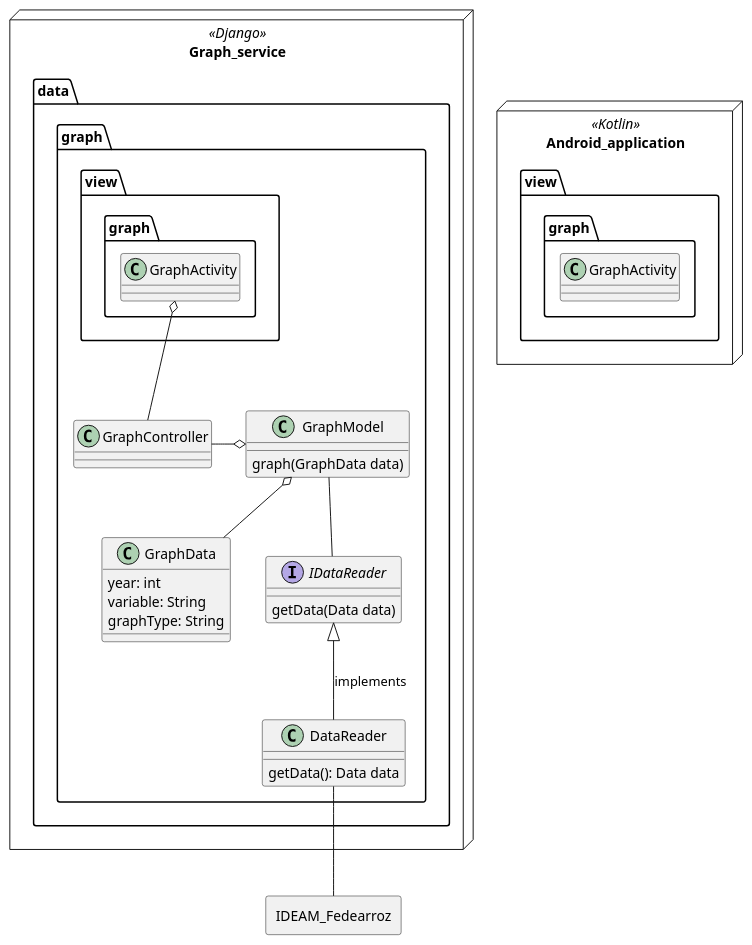
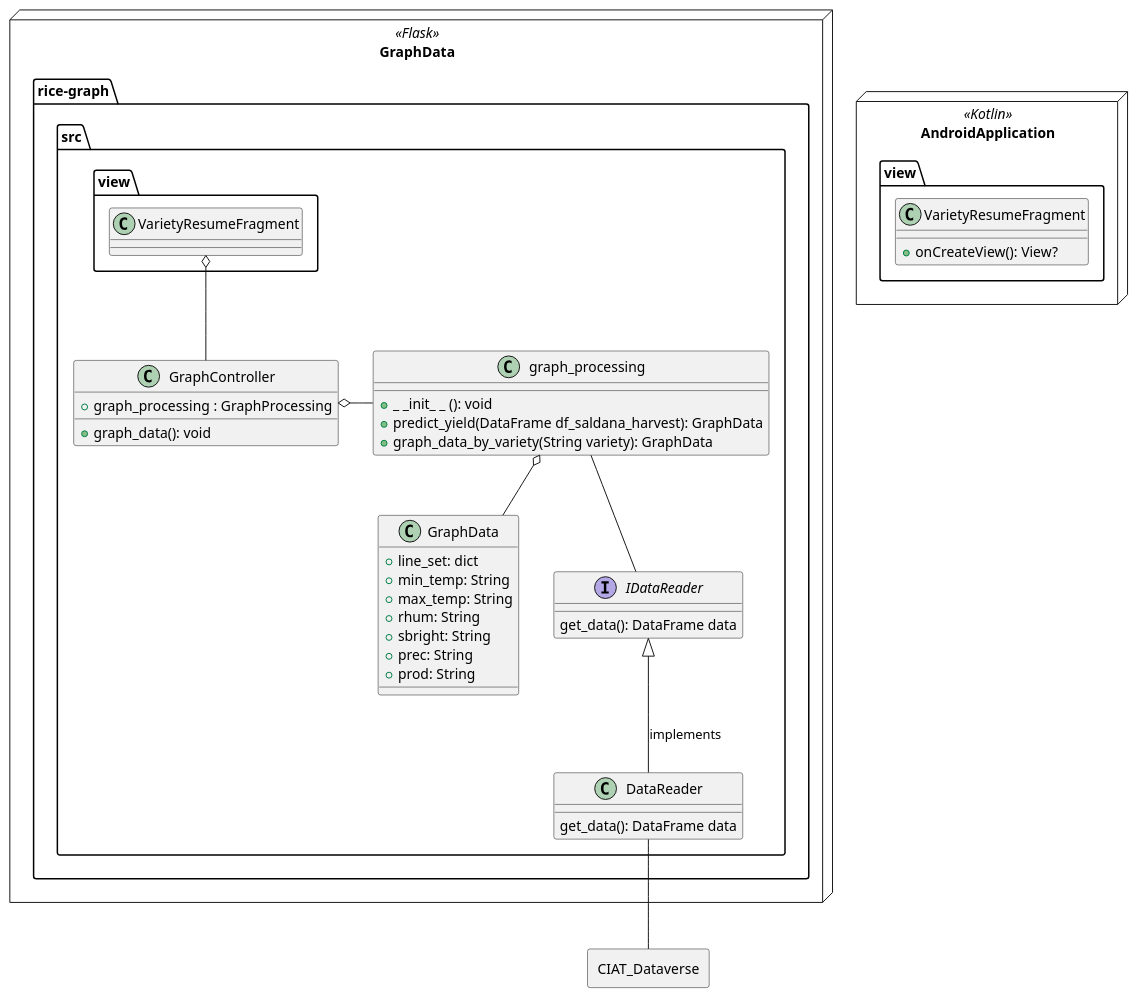
The diagram in Class_diagrams/Graph.puml (Ataches/MiCosecha_Design), drawn with PlantUML before and after one commit. The commit also changed 10 other files, not shown here.

Commit message:
fix: diagrams

```diff
--- a/Class_diagrams/Graph.puml
+++ b/Class_diagrams/Graph.puml
@@ -1,42 +1,51 @@
 @startuml
 'https://plantuml.com/class-diagram
 
 
-node Android_application <<Kotlin>> {
-    namespace view.graph {
-        class GraphActivity  {
+node AndroidApplication <<Kotlin>> {
+    namespace view {
+        class VarietyResumeFragment  {
+            + onCreateView(): View?
         }
     }
 }
 
-package IDEAM_Fedearroz <<Rectangle>> {
+package CIAT_Dataverse <<Rectangle>> {
 }
-node Graph_service <<Django>> {
-    namespace data.graph {
-        class GraphModel {
-            graph(GraphData data)
+node GraphData <<Flask>> {
+    namespace rice-graph.src {
+        class graph_processing {
+            + _ _init_ _ (): void
+            + predict_yield(DataFrame df_saldana_harvest): GraphData
+            + graph_data_by_variety(String variety): GraphData
         }
         class GraphController {
+            + graph_processing : GraphProcessing
+            + graph_data(): void
         }
         class GraphData {
-            year: int
-            variable: String
-            graphType: String
+            + line_set: dict
+            + min_temp: String
+            + max_temp: String
+            + rhum: String
+            + sbright: String
+            + prec: String
+            + prod: String
         }
         interface IDataReader {
-            getData(Data data)
+            get_data(): DataFrame data
         }
         class DataReader {
-            getData(): Data data
+            get_data(): DataFrame data
         }
 
-        GraphModel o-- GraphData
+        graph_processing o-- GraphData
         IDataReader <|-- DataReader  :implements
-        DataReader -- IDEAM_Fedearroz
-        GraphController -o GraphModel
-        view.graph.GraphActivity o-- GraphController
-        GraphModel -- IDataReader
+        DataReader -- CIAT_Dataverse
+        GraphController o- graph_processing
+        view.VarietyResumeFragment o-- GraphController
+        graph_processing -- IDataReader
     }
 }
 
 @enduml
```
